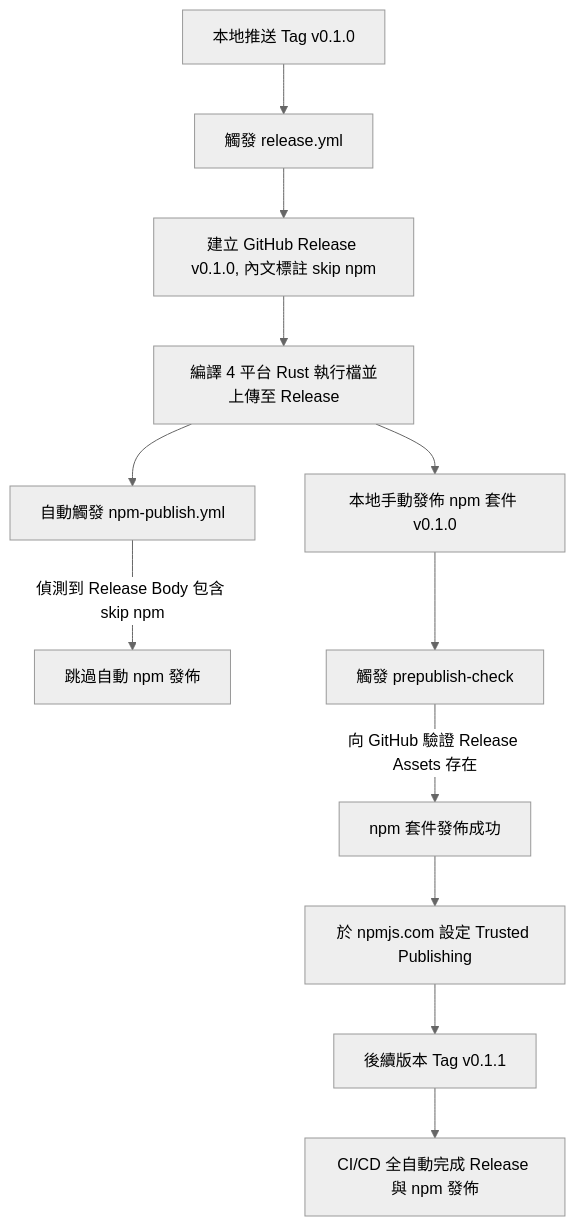
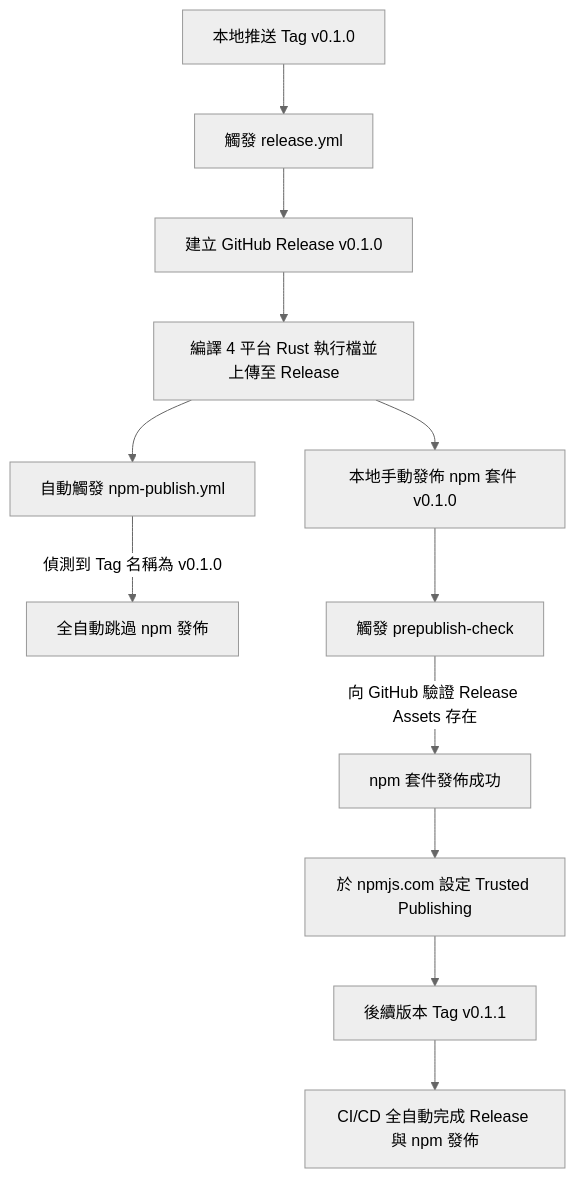
One commit to doggy8088/subembed changed the diagram in docs/first-release-guide.md. Above: the diagram before and after it, drawn with Mermaid (neutral theme). The commit also changed other lines of this file and 1 other file, not shown here.

Commit message:
feat(ci): automate skip for v0.1.0 tag in npm-publish workflow

````diff
--- a/docs/first-release-guide.md
+++ b/docs/first-release-guide.md
@@ -13,14 +13,14 @@
 ```mermaid
 graph TD
     A[本地推送 Tag v0.1.0] --> B[觸發 release.yml]
-    B --> C[建立 GitHub Release v0.1.0, 內文標註 skip npm]
+    B --> C[建立 GitHub Release v0.1.0]
     C --> D[編譯 4 平台 Rust 執行檔並上傳至 Release]
     D --> E[自動觸發 npm-publish.yml]
-    E -->|偵測到 Release Body 包含 skip npm| F[跳過自動 npm 發佈]
+    E -->|偵測到 Tag 名稱為 v0.1.0| F[全自動跳過 npm 發佈]
     D --> G[本地手動發佈 npm 套件 v0.1.0]
     G --> H[觸發 prepublish-check]
     H -->|向 GitHub 驗證 Release Assets 存在| I[npm 套件發佈成功]
     I --> J[於 npmjs.com 設定 Trusted Publishing]
     J --> K[後續版本 Tag v0.1.1]
     K --> L[CI/CD 全自動完成 Release 與 npm 發佈]
 ```
````
